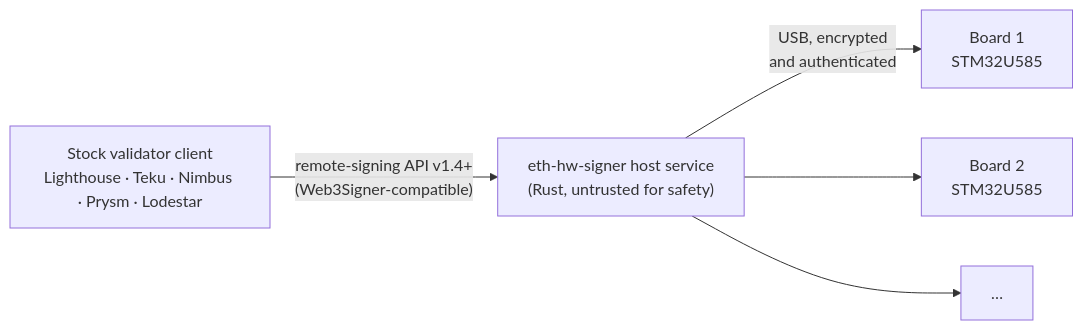
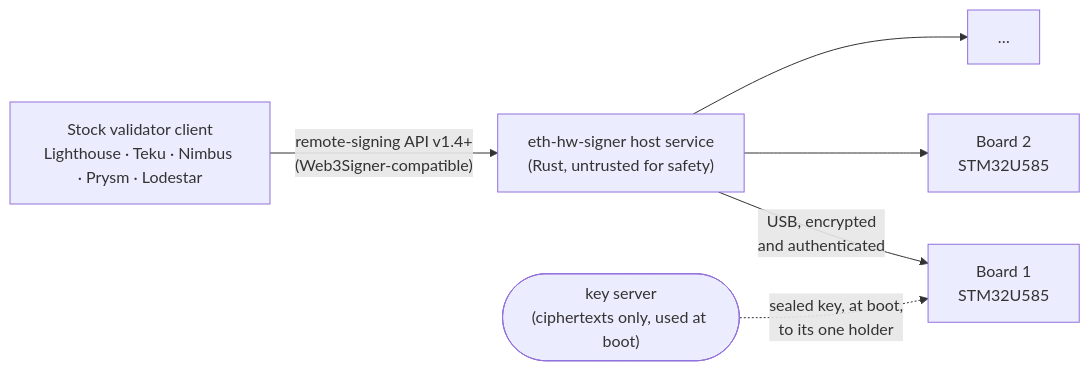
Before and after one commit to Vany/eth-hw-signer: the diagram in README.md, drawn with Mermaid. The commit also changed other lines of this file and 1 other file, not shown here.

First line of the commit message:
README, docs: one key, one board; exit on theft; standby and arbiter removed

````diff
--- a/README.md
+++ b/README.md
@@ -15,12 +15,14 @@
 ```mermaid
 flowchart LR
     VC["Stock validator client<br/>Lighthouse · Teku · Nimbus · Prysm · Lodestar"]
     HS["eth-hw-signer host service<br/>(Rust, untrusted for safety)"]
     B1["Board 1<br/>STM32U585"]
     B2["Board 2<br/>STM32U585"]
     BN["…"]
+    KS(["key server<br/>(ciphertexts only, used at boot)"])
     VC -- "remote-signing API v1.4+<br/>(Web3Signer-compatible)" --> HS
     HS -- "USB, encrypted<br/>and authenticated" --> B1
     HS --> B2
     HS --> BN
+    KS -. "sealed key, at boot,<br/>to its one holder" .-> B1
 ```
````
